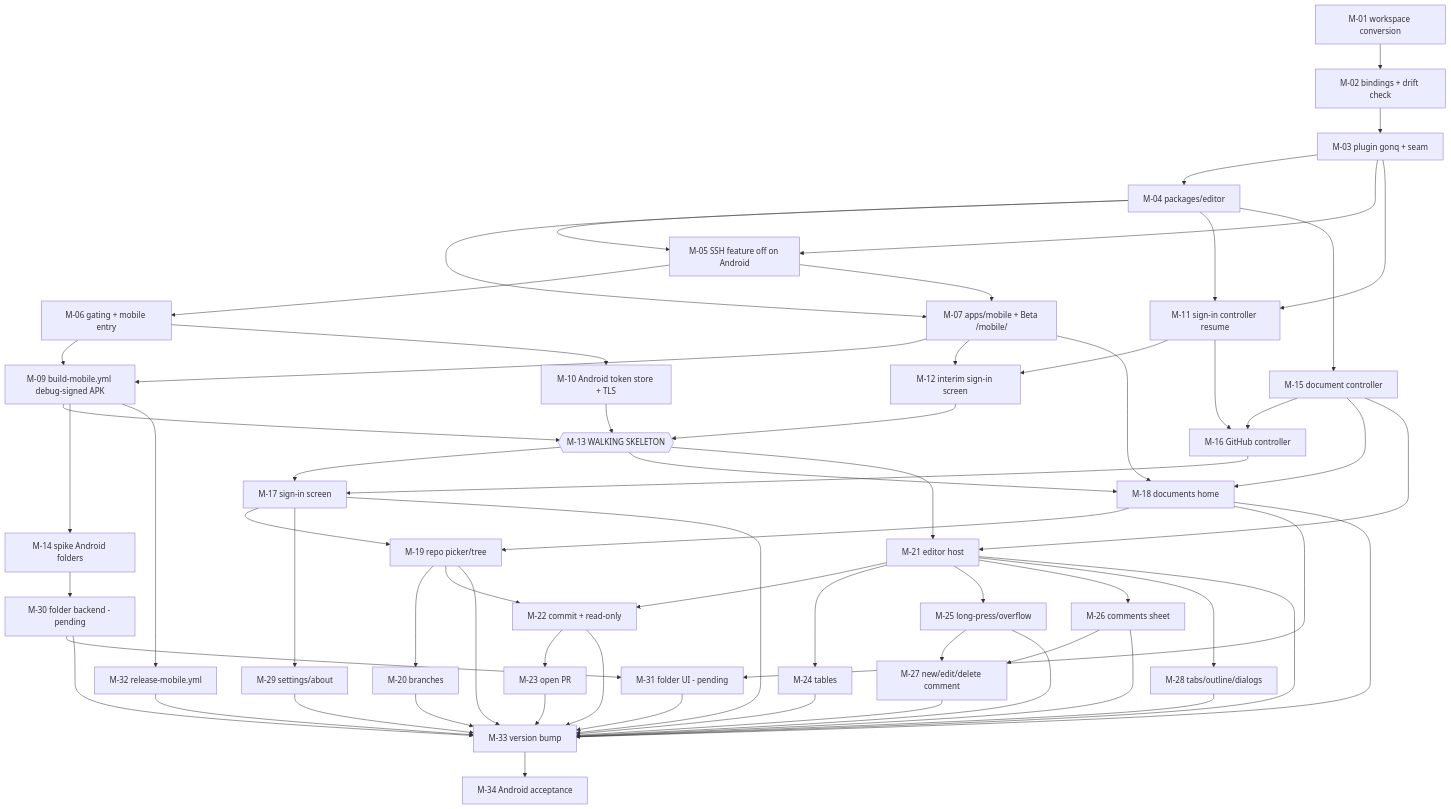
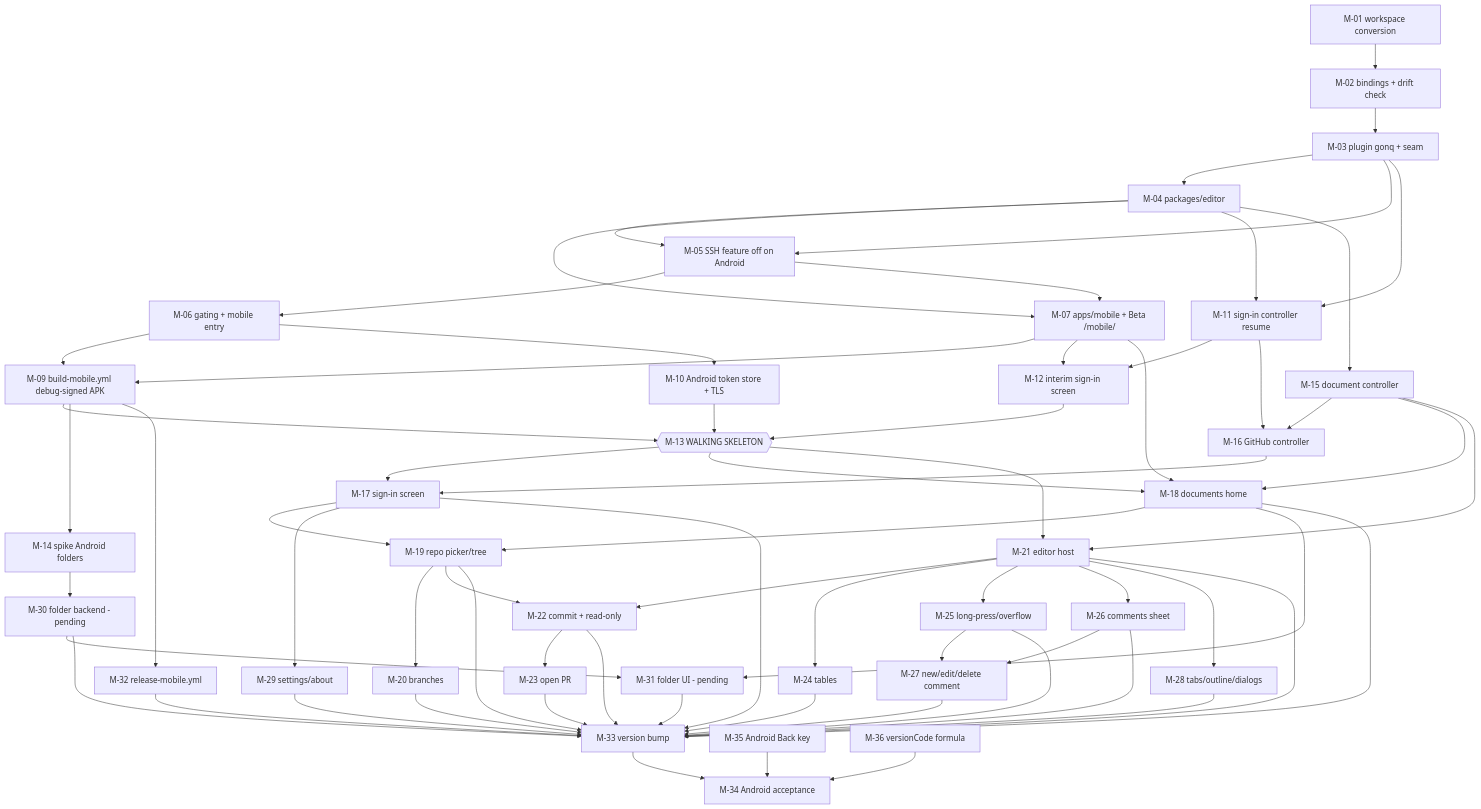
One commit to crashtest00/gonq changed the diagram in docs/gonq-mobile-stories-2026-10-29.md. Above: the diagram before and after it, drawn with Mermaid. The commit also changed other lines of this file, not shown here.

Commit message:
docs: add M-35 (Android Back key) and M-36 (versionCode formula); M-34 depends on both

````diff
--- a/docs/gonq-mobile-stories-2026-10-29.md
+++ b/docs/gonq-mobile-stories-2026-10-29.md
@@ -154,66 +156,68 @@
 ```mermaid
 graph TD
   M01[M-01 workspace conversion] --> M02[M-02 bindings + drift check]
   M02 --> M03[M-03 plugin gonq + seam]
   M03 --> M04[M-04 packages/editor]
   M03 --> M05[M-05 SSH feature off on Android]
   M04 --> M05
   M05 --> M06[M-06 gating + mobile entry]
   M04 --> M07[M-07 apps/mobile + Beta /mobile/]
   M05 --> M07
   M06 --> M09[M-09 build-mobile.yml debug-signed APK]
   M07 --> M09
   M06 --> M10[M-10 Android token store + TLS]
   M03 --> M11[M-11 sign-in controller resume]
   M04 --> M11
   M07 --> M12[M-12 interim sign-in screen]
   M11 --> M12
   M09 --> M13{{M-13 WALKING SKELETON}}
   M10 --> M13
   M12 --> M13
   M09 --> M14[M-14 spike Android folders]
   M04 --> M15[M-15 document controller]
   M11 --> M16[M-16 GitHub controller]
   M15 --> M16
   M13 --> M17[M-17 sign-in screen]
   M16 --> M17
   M07 --> M18[M-18 documents home]
   M13 --> M18
   M15 --> M18
   M17 --> M19[M-19 repo picker/tree]
   M18 --> M19
   M19 --> M20[M-20 branches]
   M13 --> M21[M-21 editor host]
   M15 --> M21
   M19 --> M22[M-22 commit + read-only]
   M21 --> M22
   M22 --> M23[M-23 open PR]
   M21 --> M24[M-24 tables]
   M21 --> M25[M-25 long-press/overflow]
   M21 --> M26[M-26 comments sheet]
   M25 --> M27[M-27 new/edit/delete comment]
   M26 --> M27
   M21 --> M28[M-28 tabs/outline/dialogs]
   M17 --> M29[M-29 settings/about]
   M14 --> M30[M-30 folder backend - pending]
   M30 --> M31[M-31 folder UI - pending]
   M18 --> M31
   M09 --> M32[M-32 release-mobile.yml]
   M32 --> M33[M-33 version bump]
   M17 --> M33
   M18 --> M33
   M19 --> M33
   M20 --> M33
   M21 --> M33
   M22 --> M33
   M23 --> M33
   M24 --> M33
   M25 --> M33
   M26 --> M33
   M27 --> M33
   M28 --> M33
   M29 --> M33
   M30 --> M33
   M31 --> M33
   M33 --> M34[M-34 Android acceptance]
+  M35[M-35 Android Back key] --> M34
+  M36[M-36 versionCode formula] --> M34
 ```
````
